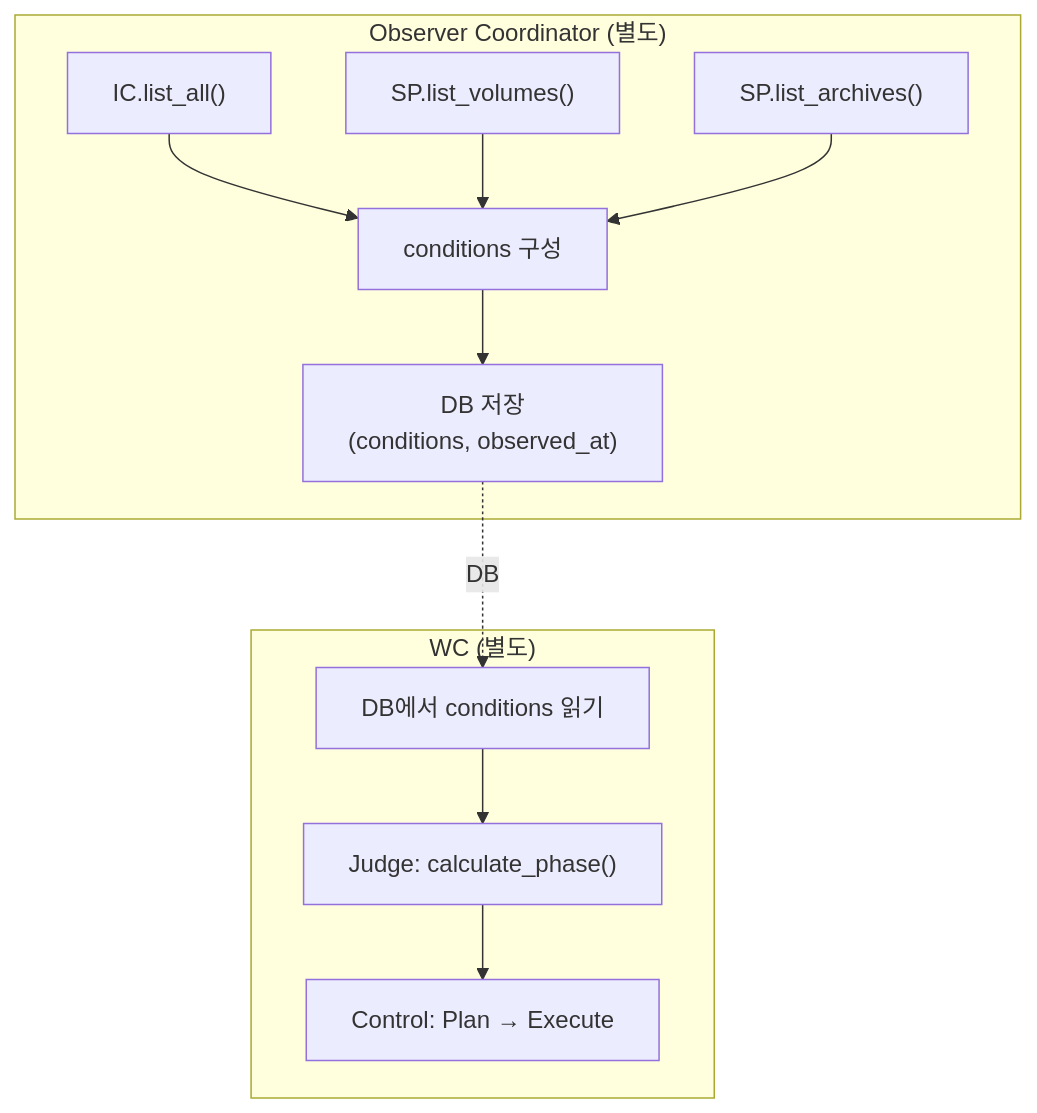
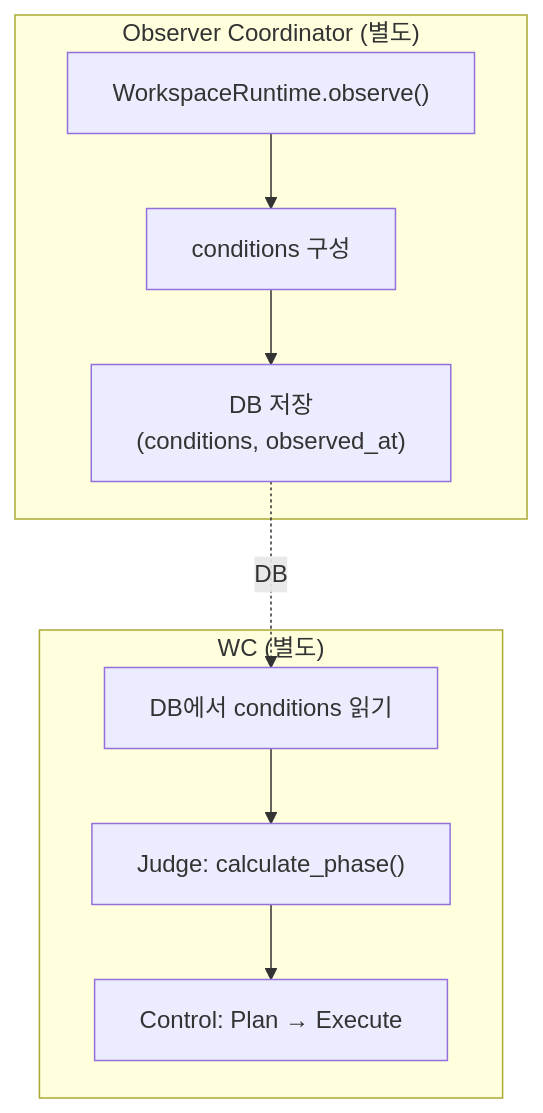
One commit to cagojeiger/code-hub changed the diagram in docs/architecture/wc-observer.md. Above: the diagram before and after it, drawn with Mermaid. The commit also changed other lines of this file and 33 other files, not shown here.

First line of the commit message:
refactor(schema): rename op_id to archive_op_id

````diff
--- a/docs/architecture/wc-observer.md
+++ b/docs/architecture/wc-observer.md
@@ -24,26 +24,21 @@
 ```mermaid
 flowchart TB
     subgraph OBS["Observer Coordinator (별도)"]
-        IC["IC.list_all()"]
-        SPV["SP.list_volumes()"]
-        SPA["SP.list_archives()"]
+        OBSERVE["WorkspaceRuntime.observe()"]
         COND["conditions 구성"]
         SAVE["DB 저장<br/>(conditions, observed_at)"]
 
-        IC --> COND
-        SPV --> COND
-        SPA --> COND
-        COND --> SAVE
+        OBSERVE --> COND --> SAVE
     end
 
     subgraph WC["WC (별도)"]
         READ["DB에서 conditions 읽기"]
         JUDGE["Judge: calculate_phase()"]
         CTRL["Control: Plan → Execute"]
 
         READ --> JUDGE
         JUDGE --> CTRL
     end
 
     SAVE -.->|DB| READ
 ```
````
